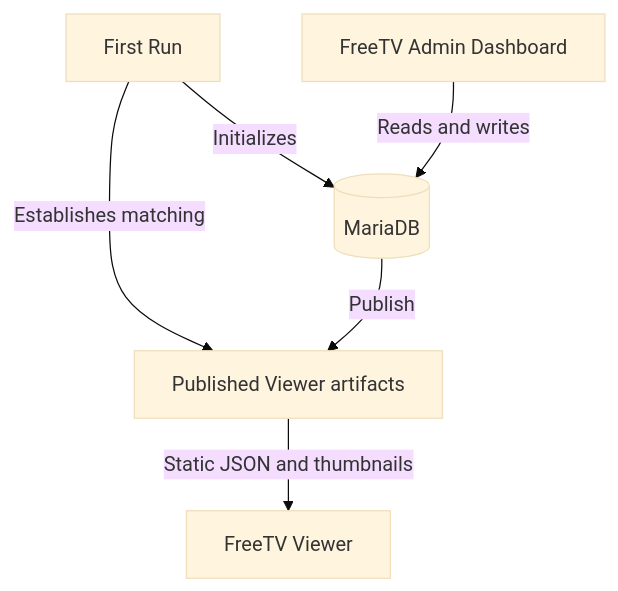
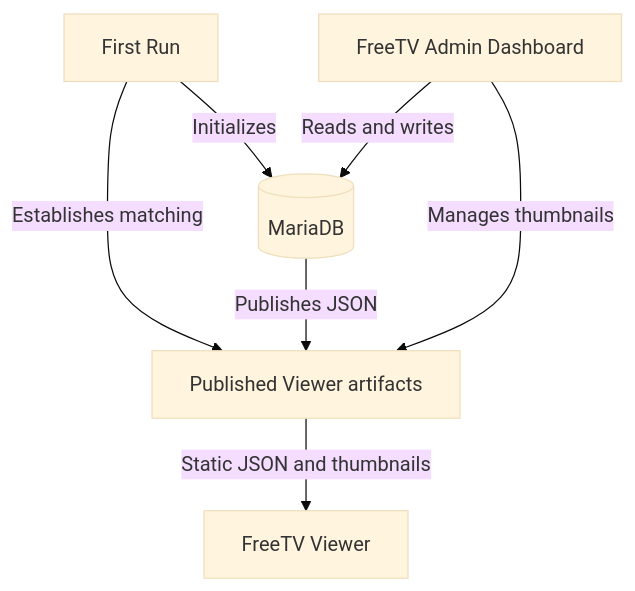
The diagram in README.md (freetv-today/freetv-server), drawn with Mermaid (base theme) before and after one commit. The commit also changed other lines of this file, not shown here.

````diff
--- a/README.md
+++ b/README.md
@@ -87,8 +87,9 @@
 ```mermaid
 flowchart TD
     FIRST_RUN["First Run"] -->|"Initializes"| DB[("MariaDB")]
     FIRST_RUN -->|"Establishes matching"| ARTIFACTS["Published Viewer artifacts"]
     ADMIN["FreeTV Admin Dashboard"] -->|"Reads and writes"| DB
-    DB -->|"Publish"| ARTIFACTS
+    DB -->|"Publishes JSON"| ARTIFACTS
+    ADMIN -->|"Manages thumbnails"| ARTIFACTS
     ARTIFACTS -->|"Static JSON and thumbnails"| VIEWER["FreeTV Viewer"]
 ```
````
